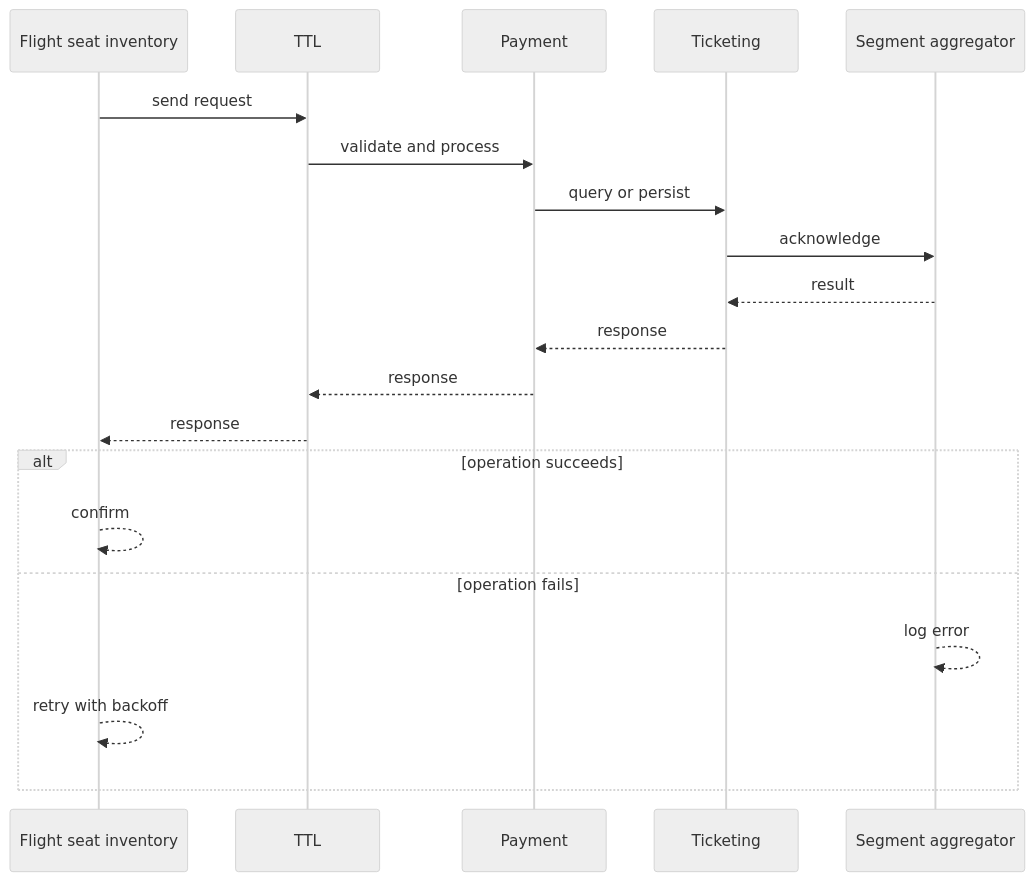
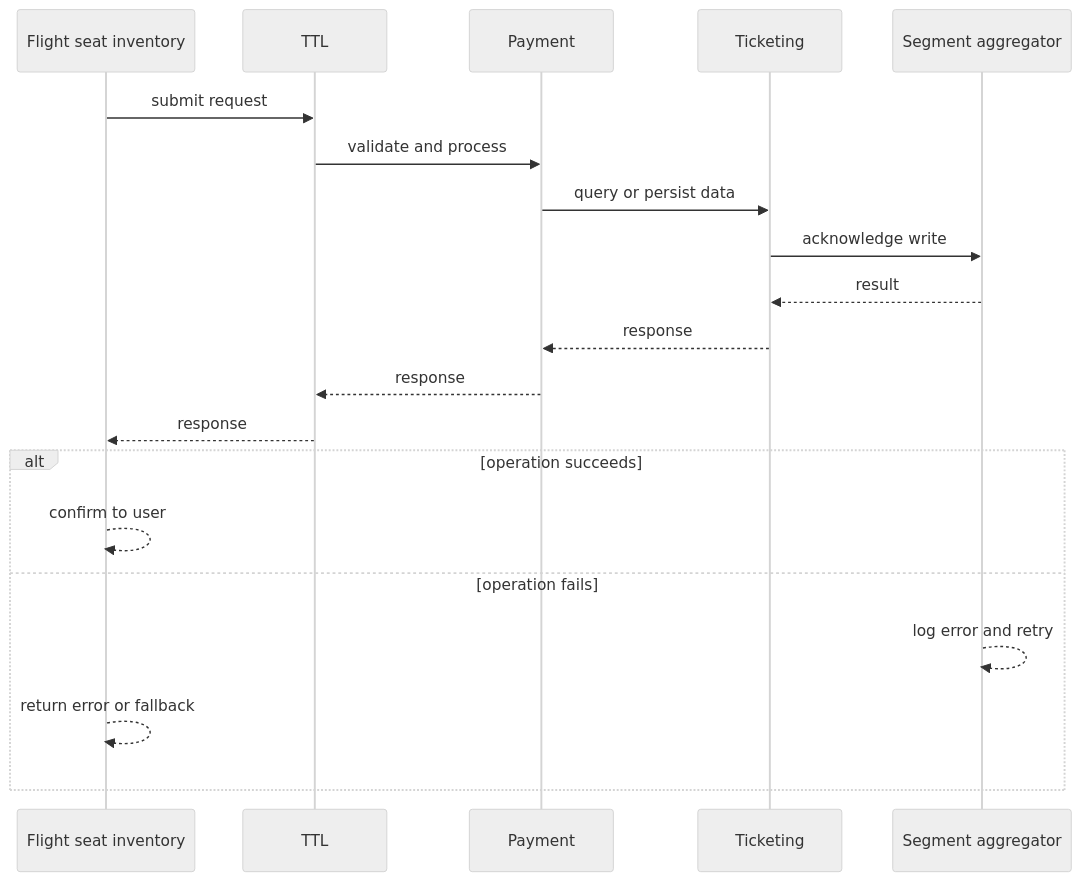
One commit to RIT-MESH/system-design-mastery changed the second of 4 diagrams in case-studies/advanced/airline-reservation.md. Above: the diagram before and after it, drawn with Mermaid (neutral theme). The commit also changed other lines of this file and 127 other files, not shown here.

First line of the commit message:
Improve all case study diagrams: case-specific sequences, fix truncated labels

````diff
--- a/case-studies/advanced/airline-reservation.md
+++ b/case-studies/advanced/airline-reservation.md
@@ -76,23 +76,23 @@
 ```mermaid
 %% created-for: system-design-mastery
 sequenceDiagram
-  participant C0 as Flight seat inventory
-  participant C1 as TTL
-  participant C2 as Payment
-  participant C3 as Ticketing
-  participant C4 as Segment aggregator
-  C0 ->> C1: send request
-  C1 ->> C2: validate and process
-  C2 ->> C3: query or persist
-  C3 ->> C4: acknowledge
-  C4 -->> C3: result
-  C3 -->> C2: response
-  C2 -->> C1: response
-  C1 -->> C0: response
+  participant P0 as Flight seat inventory
+  participant P1 as TTL
+  participant P2 as Payment
+  participant P3 as Ticketing
+  participant P4 as Segment aggregator
+  P0 ->> P1: submit request
+  P1 ->> P2: validate and process
+  P2 ->> P3: query or persist data
+  P3 ->> P4: acknowledge write
+  P4 -->> P3: result
+  P3 -->> P2: response
+  P2 -->> P1: response
+  P1 -->> P0: response
   alt operation succeeds
-    C0 -->> C0: confirm
+    P0 -->> P0: confirm to user
   else operation fails
-    C4 -->> C4: log error
-    C0 -->> C0: retry with backoff
+    P4 -->> P4: log error and retry
+    P0 -->> P0: return error or fallback
   end
 ```
````
